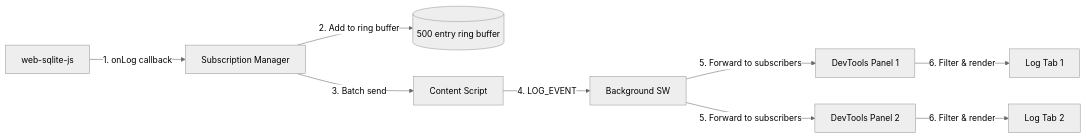
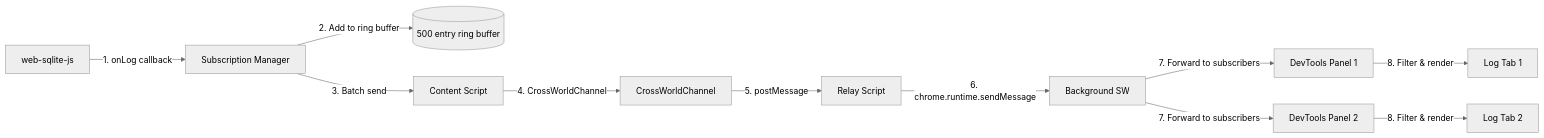
Before and after one commit to wuchuheng/web-sqlite-js-devtools: the tenth of 14 diagrams in agent-docs/03-architecture/02-dataflow.md, drawn with Mermaid (neutral theme). The commit also changed other lines of this file and 18 other files, not shown here.

````diff
--- a/agent-docs/03-architecture/02-dataflow.md
+++ b/agent-docs/03-architecture/02-dataflow.md
@@ -298,11 +332,13 @@
 ```mermaid
 flowchart LR
     DB[web-sqlite-js] -->|1. onLog callback| Sub[Subscription Manager]
     Sub -->|2. Add to ring buffer| Buffer[(500 entry ring buffer)]
     Sub -->|3. Batch send| CS[Content Script]
-    CS -->|4. LOG_EVENT| BG[Background SW]
-    BG -->|5. Forward to subscribers| Panel1[DevTools Panel 1]
-    BG -->|5. Forward to subscribers| Panel2[DevTools Panel 2]
-    Panel1 -->|6. Filter & render| LogUI1[Log Tab 1]
-    Panel2 -->|6. Filter & render| LogUI2[Log Tab 2]
+    CS -->|4. CrossWorldChannel| Channel[CrossWorldChannel]
+    Channel -->|5. postMessage| Relay[Relay Script]
+    Relay -->|6. chrome.runtime.sendMessage| BG[Background SW]
+    BG -->|7. Forward to subscribers| Panel1[DevTools Panel 1]
+    BG -->|7. Forward to subscribers| Panel2[DevTools Panel 2]
+    Panel1 -->|8. Filter & render| LogUI1[Log Tab 1]
+    Panel2 -->|8. Filter & render| LogUI2[Log Tab 2]
 ```
````
